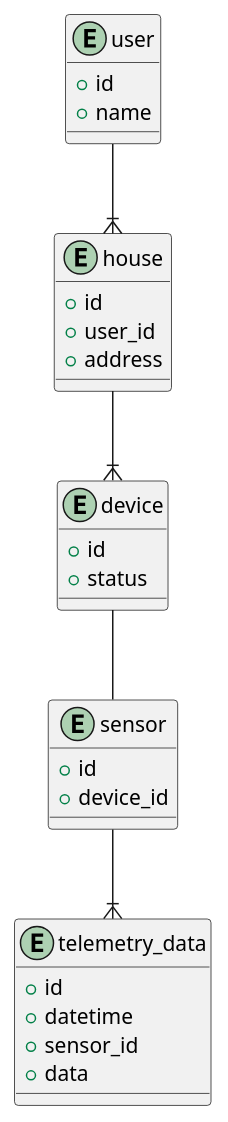
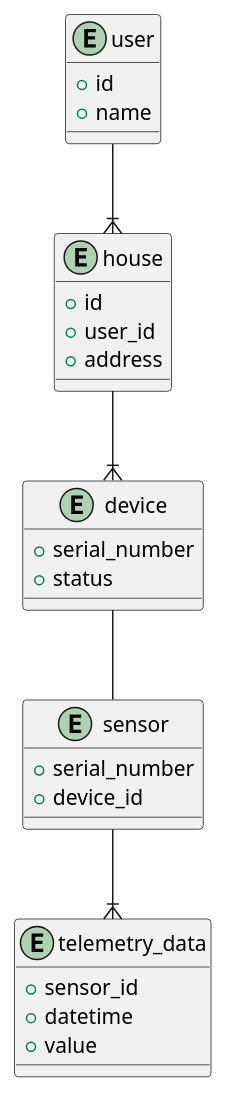
Before and after one commit to ovsergeyev/architecture-sprint-3: the diagram in mkdoc/docs/puml_diagrams/ER Diagram v1.puml, drawn with PlantUML. The commit also changed 4 other files, not shown here.

```diff
--- a/mkdoc/docs/puml_diagrams/ER Diagram v1.puml
+++ b/mkdoc/docs/puml_diagrams/ER Diagram v1.puml
@@ -1,34 +1,33 @@
 @startuml er_diargamm
 entity user {
   + id
   + name
 }
 entity house {
   + id
   + user_id
   + address
 }
 entity device {
-  + id
+  + serial_number
   + status
 }
 entity sensor {
-  + id
+  + serial_number
   + device_id
 }
 entity telemetry_data {
-  + id
+  + sensor_id
   + datetime
-  + sensor_id
-  + data
+  + value
 }
 
 
 user --|{ house
 house --|{ device
 device -- sensor
 sensor --|{ telemetry_data
 
 
 
 @enduml
```
